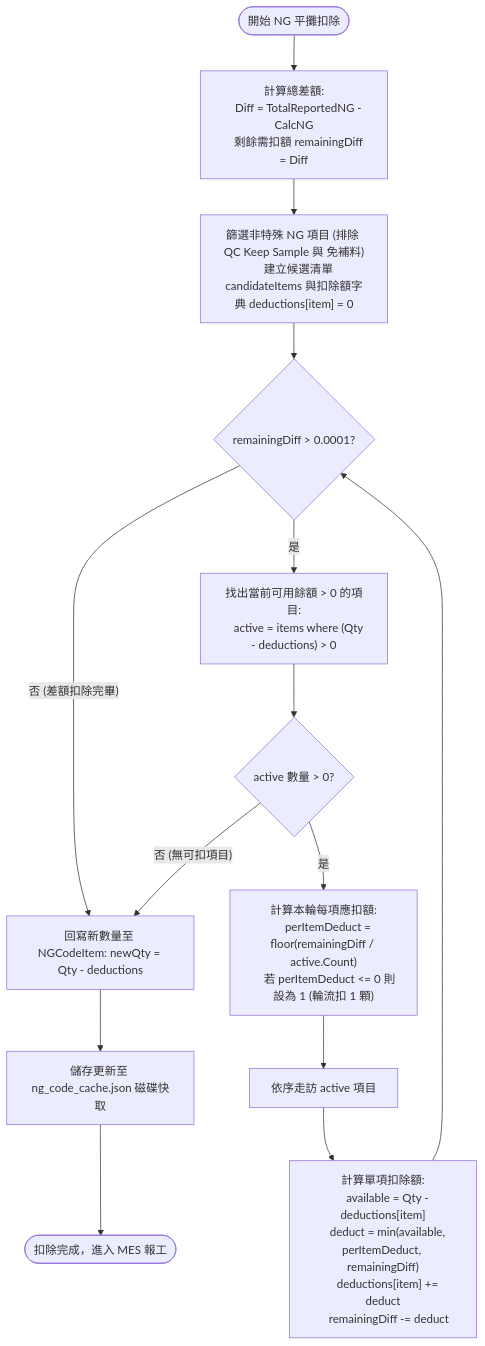
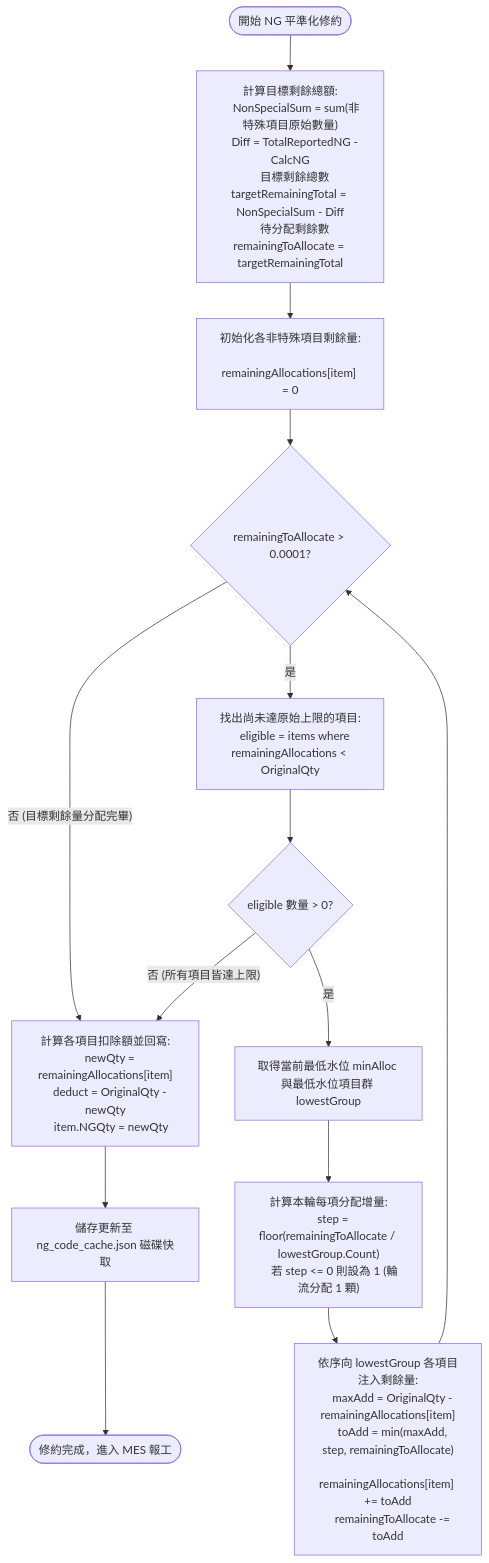
One commit to eHsuan/EAPDashboard changed the third of 3 diagrams in doc/tp_calculation_test_plan.md. Above: the diagram before and after it, drawn with Mermaid. The commit also changed other lines of this file and 2 other files, not shown here.

Commit message:
🤖 auto-backup: before AI changes for fixing MESSimulator recipe mismatch priority and removing blocking terminal display on recipe mismatch

````diff
--- a/doc/tp_calculation_test_plan.md
+++ b/doc/tp_calculation_test_plan.md
@@ -146,33 +146,40 @@
 ```mermaid
 flowchart TD
-    DeductStart([開始 NG 平攤扣除]) --> InitDiff["計算總差額:
+    DeductStart([開始 NG 平準化修約]) --> InitRemaining["計算目標剩餘總額:
+    NonSpecialSum = sum(非特殊項目原始數量)
     Diff = TotalReportedNG - CalcNG
-    剩餘需扣額 remainingDiff = Diff"]
+    目標剩餘總數 targetRemainingTotal = NonSpecialSum - Diff
+    待分配剩餘數 remainingToAllocate = targetRemainingTotal"]
     
-    InitDiff --> FilterNonSpecial["篩選非特殊 NG 項目 (排除 QC Keep Sample 與 免補料)
-    建立候選清單 candidateItems 與扣除額字典 deductions[item] = 0"]
+    InitRemaining --> InitAlloc["初始化各非特殊項目剩餘量:
+    remainingAllocations[item] = 0"]
 
-    FilterNonSpecial --> LoopStart{remainingDiff > 0.0001?}
+    InitAlloc --> LoopStart{remainingToAllocate > 0.0001?}
     
-    LoopStart -- 否 (差額扣除完畢) --> ApplyChanges[回寫新數量至 NGCodeItem: newQty = Qty - deductions]
-    LoopStart -- 是 --> FindActive["找出當前可用餘額 > 0 的項目:
-    active = items where (Qty - deductions) > 0"]
+    LoopStart -- 否 (目標剩餘量分配完畢) --> ApplyChanges["計算各項目扣除額並回寫:
+    newQty = remainingAllocations[item]
+    deduct = OriginalQty - newQty
+    item.NGQty = newQty"]
+    
+    LoopStart -- 是 --> FindEligible["找出尚未達原始上限的項目:
+    eligible = items where remainingAllocations < OriginalQty"]
 
-    FindActive --> CheckActiveCount{active 數量 > 0?}
-    CheckActiveCount -- 否 (無可扣項目) --> ApplyChanges
-    CheckActiveCount -- 是 --> CalcShare["計算本輪每項應扣額:
-    perItemDeduct = floor(remainingDiff / active.Count)
-    若 perItemDeduct <= 0 則設為 1 (輪流扣 1 顆)"]
+    FindEligible --> CheckEligibleCount{eligible 數量 > 0?}
+    CheckEligibleCount -- 否 (所有項目皆達上限) --> ApplyChanges
+    CheckEligibleCount -- 是 --> FindLowest["取得當前最低水位 minAlloc 與最低水位項目群 lowestGroup"]
 
-    CalcShare --> IterItems[依序走訪 active 項目]
-    IterItems --> DistributeShare["計算單項扣除額:
-    available = Qty - deductions[item]
-    deduct = min(available, perItemDeduct, remainingDiff)
-    deductions[item] += deduct
-    remainingDiff -= deduct"]
+    FindLowest --> CalcStep["計算本輪每項分配增量:
+    step = floor(remainingToAllocate / lowestGroup.Count)
+    若 step <= 0 則設為 1 (輪流分配 1 顆)"]
+
+    CalcStep --> DistributeLevel["依序向 lowestGroup 各項目注入剩餘量:
+    maxAdd = OriginalQty - remainingAllocations[item]
+    toAdd = min(maxAdd, step, remainingToAllocate)
+    remainingAllocations[item] += toAdd
+    remainingToAllocate -= toAdd"]
     
-    DistributeShare --> LoopStart
+    DistributeLevel --> LoopStart
 
     ApplyChanges --> SaveDisk[儲存更新至 ng_code_cache.json 磁碟快取]
-    SaveDisk --> DeductEnd([扣除完成，進入 MES 報工])
+    SaveDisk --> DeductEnd([修約完成，進入 MES 報工])
 ```
````
